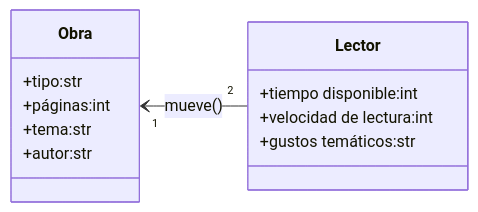
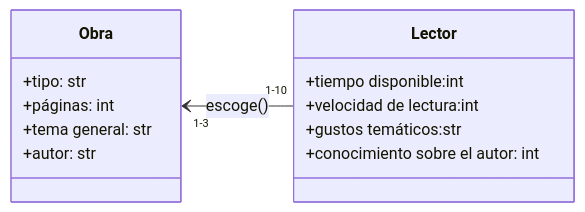
One commit to David-A-Montes-R/POO-UNAL-2025-1-RETO-2 changed the diagram in README.md. Above: the diagram before and after it, drawn with Mermaid. The commit also changed other lines of this file, not shown here.

````diff
--- a/README.md
+++ b/README.md
@@ -4,16 +6,17 @@
 ```mermaid
 classDiagram
     direction RL
     class Obra{
-        +tipo:str
-        +páginas:int
-        +tema:str
-        +autor:str
+        +tipo: str
+        +páginas: int
+        +tema general: str
+        +autor: str
     }
     class Lector{
         +tiempo disponible:int
         +velocidad de lectura:int
         +gustos temáticos:str
+        +conocimiento sobre el autor: int
     }
-    Lector"2" --> "1" Obra : mueve()
+    Lector"1-10" --> "1-3" Obra : escoge()
 ```
````
